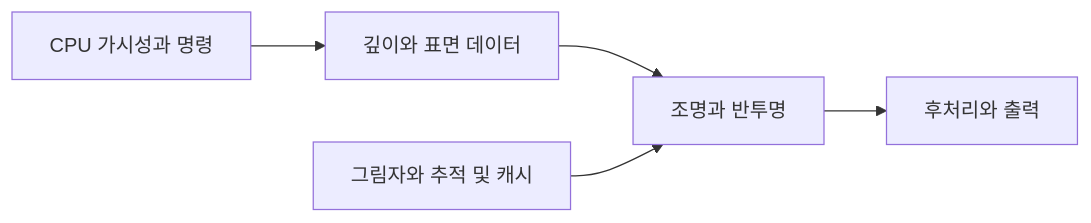
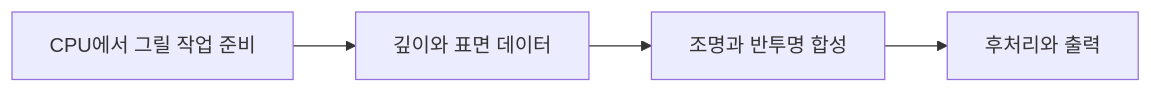
The diagram in Docs/Chapters/CH01_RenderingPipeline.md (JiwonEnv/ue5-rendering-lab), drawn with Mermaid before and after one commit. The commit also changed other lines of this file and 32 other files, not shown here.

````diff
--- a/Docs/Chapters/CH01_RenderingPipeline.md
+++ b/Docs/Chapters/CH01_RenderingPipeline.md
@@ -38,7 +63,6 @@
 ```mermaid
 flowchart LR
-  A[CPU 가시성과 명령] --> B[깊이와 표면 데이터]
-  B --> C[조명과 반투명]
-  C --> D[후처리와 출력]
-  S[그림자와 추적 및 캐시] --> C
+ A[CPU에서 그릴 작업 준비] --> B[깊이와 표면 데이터]
+ B --> C[조명과 반투명 합성]
+ C --> D[후처리와 출력]
 ```
````
